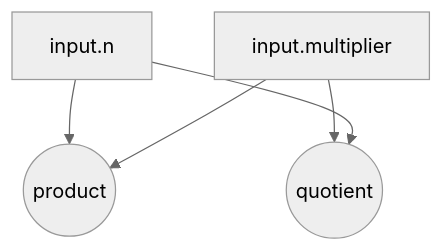
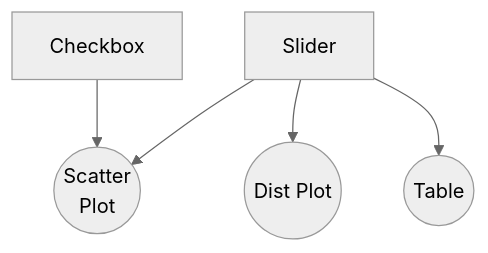
The first of 10 diagrams in reactivity.qmd (posit-dev/py-shiny-workshop), drawn with Mermaid (neutral theme) before and after one commit. The commit also changed other lines of this file and 7 other files, not shown here.

````diff
--- a/reactivity.qmd
+++ b/reactivity.qmd
@@ -34,7 +45,7 @@
 ```{mermaid}
 flowchart TD
-  N[input.n] --> M((product))
-  K[input.multiplier] --> Q((quotient))
-  N --> Q
-  K --> M
+  C[Checkbox] --> Sc((Scatter\nPlot))
+  Sl --> Sc 
+  Sl --> M((Dist Plot))
+  Sl[Slider] --> T((Table))
 ```
````
